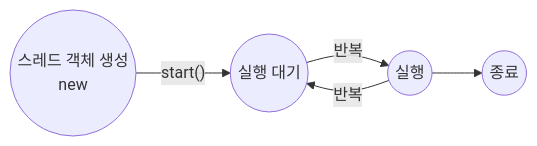
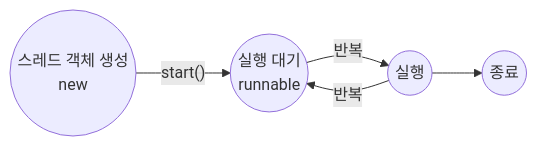
Before and after one commit to Rabitee/Java_study: the diagram in Multi_thread/README.md, drawn with Mermaid.

Commit message:
Multi Thread

````diff
--- a/Multi_thread/README.md
+++ b/Multi_thread/README.md
@@ -129,7 +129,7 @@
 ```mermaid
-graph LR
-    s1((스레드 객체 생성<br/>new))--"start()"-->s2((실행 대기<br/>runnable))
-    s2((실행 대기))--"반복"-->s3((실행))
-    s3((실행))--"반복"-->s2((실행 대기))
-    s3((실행))-->s4((종료))
+graph LR;
+    s1((스레드 객체 생성<br/>new))--"start()"-->s2((실행 대기<br/>runnable));
+    s2((실행 대기<br/>runnable))--"반복"-->s3((실행));
+    s3((실행))--"반복"-->s2((실행 대기<br/>runnable));
+    s3((실행))-->s4((종료));
 ```
````
